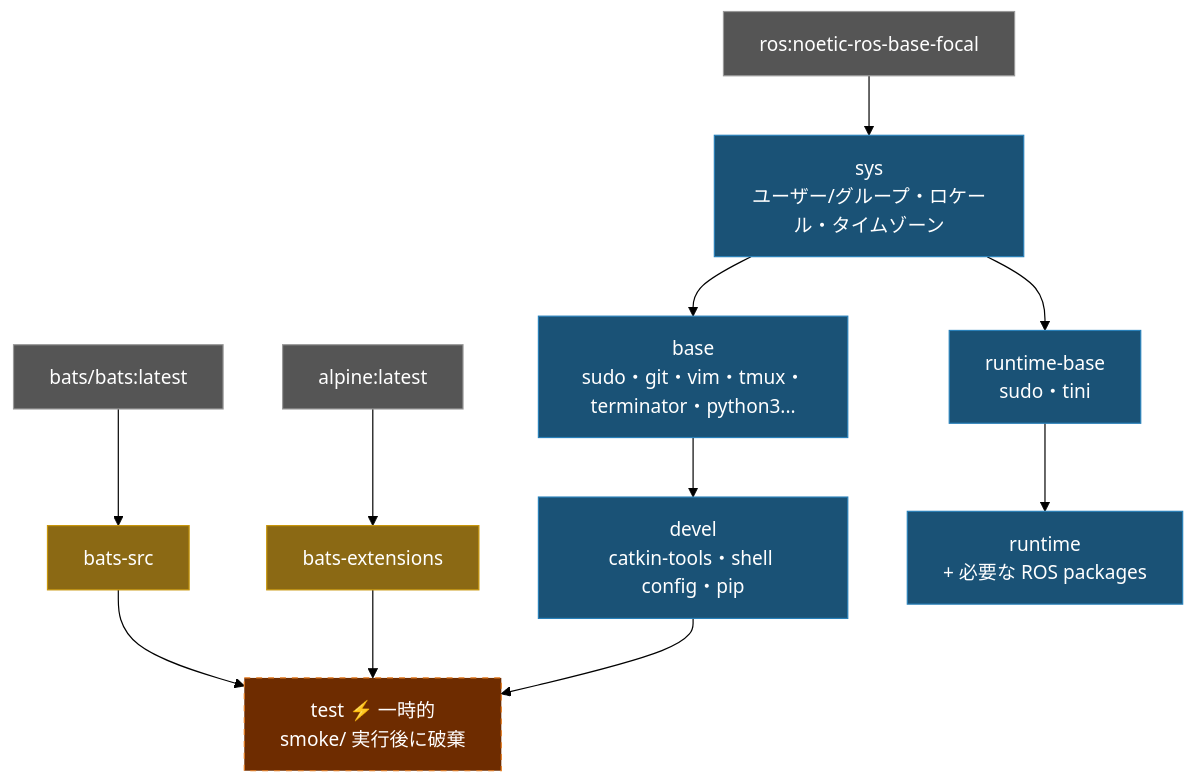
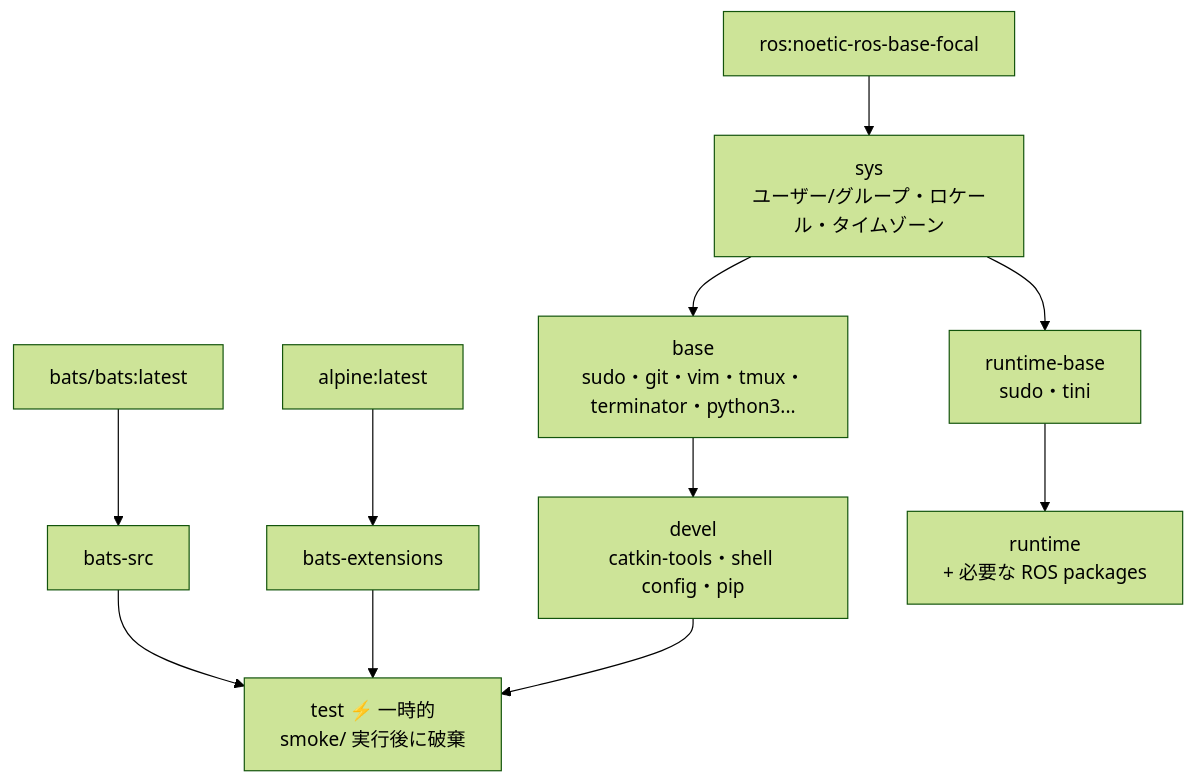
One commit to ycpss91255-docker/ros_noetic changed the diagram in doc/README.ja.md. Above: the diagram before and after it, drawn with Mermaid (forest theme). The commit also changed 3 other files, not shown here.

Commit message:
docs: remove mermaid background colors from architecture diagrams (#25)

````diff
--- a/doc/README.ja.md
+++ b/doc/README.ja.md
@@ -234,26 +234,22 @@
 ```mermaid
 graph TD
-    EXT1["bats/bats:latest"]:::external
-    EXT2["alpine:latest"]:::external
-    EXT3["ros:noetic-ros-base-focal"]:::external
+    EXT1["bats/bats:latest"]
+    EXT2["alpine:latest"]
+    EXT3["ros:noetic-ros-base-focal"]
 
-    EXT1 --> bats-src["bats-src"]:::tool
-    EXT2 --> bats-ext["bats-extensions"]:::tool
+    EXT1 --> bats-src["bats-src"]
+    EXT2 --> bats-ext["bats-extensions"]
 
-    EXT3 --> sys["sys\nユーザー/グループ・ロケール・タイムゾーン"]:::stage
+    EXT3 --> sys["sys\nユーザー/グループ・ロケール・タイムゾーン"]
 
-    sys --> base["base\nsudo・git・vim・tmux・terminator・python3..."]:::stage
-    base --> devel["devel\ncatkin-tools・shell config・pip"]:::stage
+    sys --> base["base\nsudo・git・vim・tmux・terminator・python3..."]
+    base --> devel["devel\ncatkin-tools・shell config・pip"]
 
-    bats-src --> test["test  ⚡ 一時的\nsmoke/ 実行後に破棄"]:::ephemeral
+    bats-src --> test["test  ⚡ 一時的\nsmoke/ 実行後に破棄"]
     bats-ext --> test
     devel --> test
 
-    sys --> runtime-base["runtime-base\nsudo・tini"]:::stage
-    runtime-base --> runtime["runtime\n+ 必要な ROS packages"]:::stage
+    sys --> runtime-base["runtime-base\nsudo・tini"]
+    runtime-base --> runtime["runtime\n+ 必要な ROS packages"]
 
-    classDef external fill:#555,color:#fff,stroke:#999
-    classDef tool fill:#8B6914,color:#fff,stroke:#c8960c
-    classDef stage fill:#1a5276,color:#fff,stroke:#2980b9
-    classDef ephemeral fill:#6e2c00,color:#fff,stroke:#e67e22,stroke-dasharray:5 5
 ```
````
